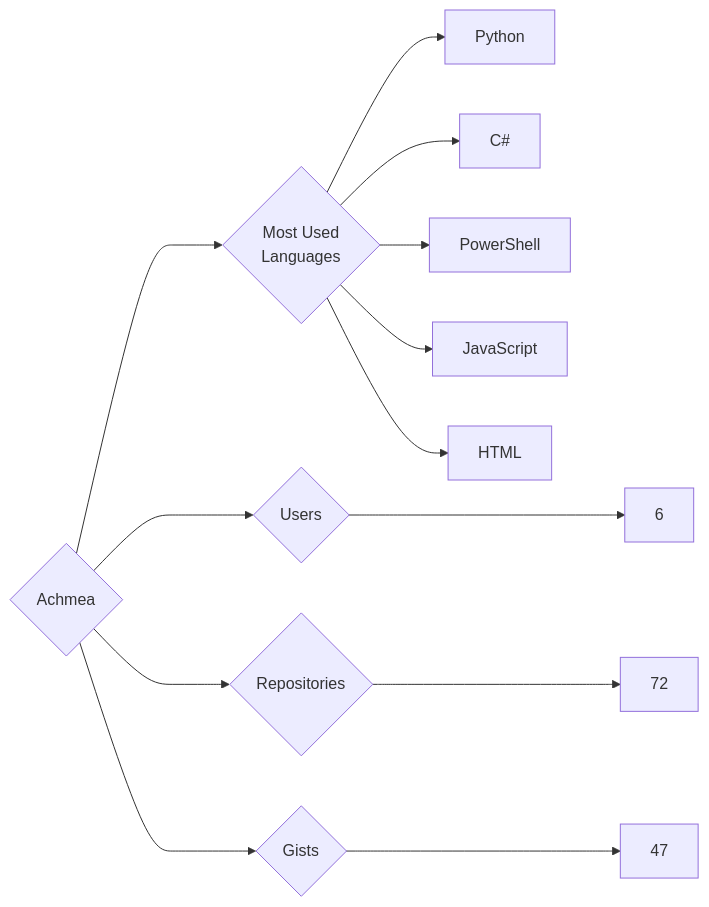
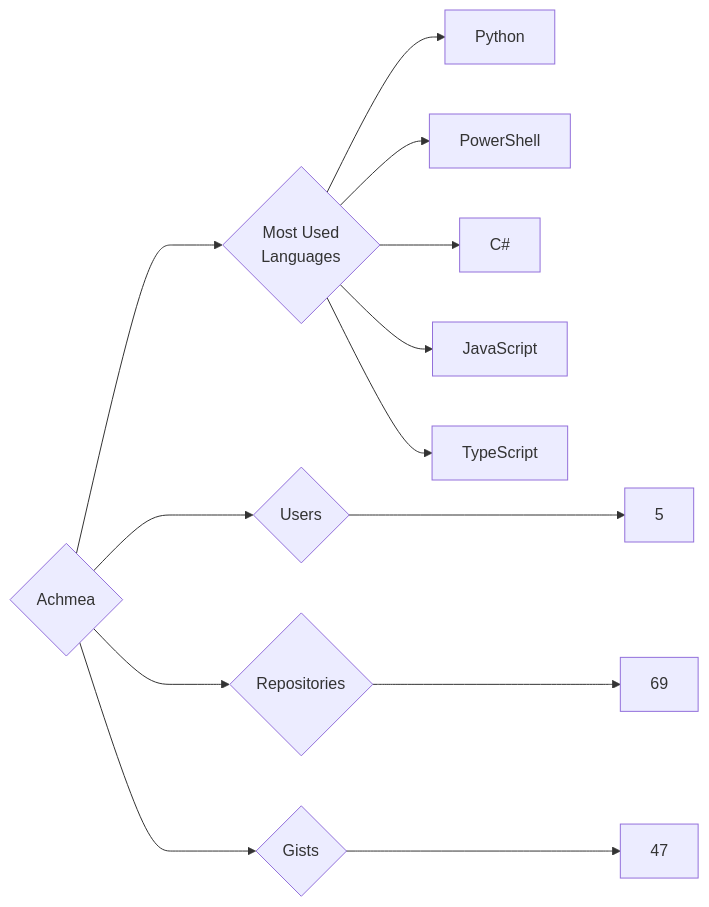
Before and after one commit to trickest/insiders: the diagram in targets/Achmea/README.md, drawn with Mermaid. The commit also changed 1084 other files, not shown here.

````diff
--- a/targets/Achmea/README.md
+++ b/targets/Achmea/README.md
@@ -3,13 +3,13 @@
 ```mermaid
 graph LR
 COMPANY_NAME{Achmea}
-COMPANY_NAME ---> U{Users} ---> UN[6]
-COMPANY_NAME ---> R{Repositories} ---> RN[72]
+COMPANY_NAME ---> U{Users} ---> UN[5]
+COMPANY_NAME ---> R{Repositories} ---> RN[69]
 COMPANY_NAME ---> G{Gists} ---> GN[47]
 COMPANY_NAME ---> ML{Most Used<br>Languages}
 ML --> Python[Python]
+ML --> PowerShell[PowerShell]
 ML --> C#[C#]
-ML --> PowerShell[PowerShell]
 ML --> JavaScript[JavaScript]
-ML --> HTML[HTML]
+ML --> TypeScript[TypeScript]
 ```
````
